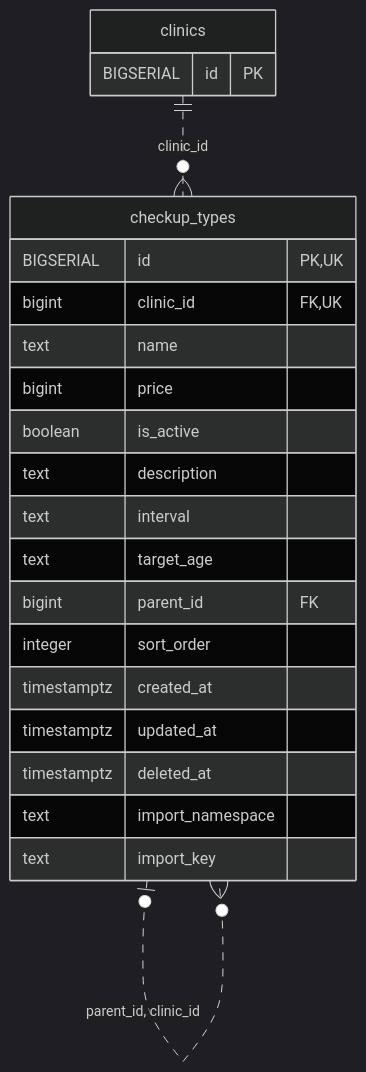
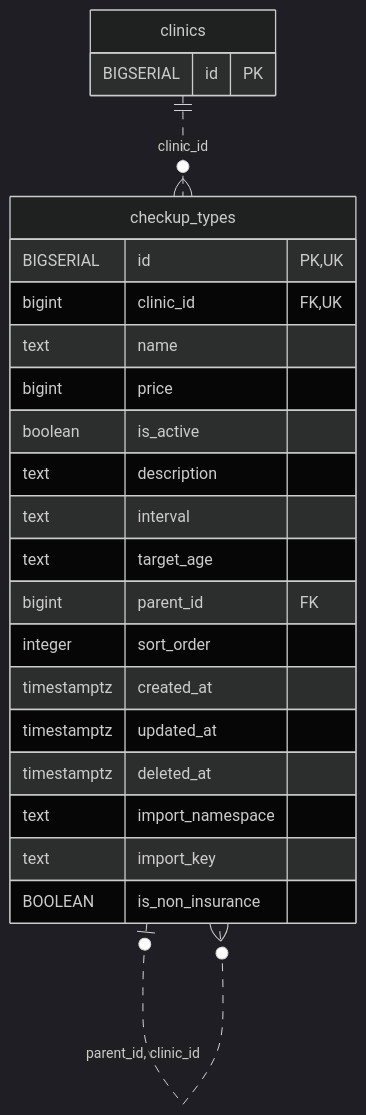
Before and after one commit to MinoruSoga/AnimalEkarte: the diagram in docs/architecture/erd-detail/checkup_types.md, drawn with Mermaid (dark theme). The commit also changed other lines of this file and 10 other files, not shown here.

````diff
--- a/docs/architecture/erd-detail/checkup_types.md
+++ b/docs/architecture/erd-detail/checkup_types.md
@@ -38,25 +39,26 @@
 ```mermaid
 erDiagram
     checkup_types {
         BIGSERIAL id PK,UK
         bigint clinic_id FK,UK
         text name
         bigint price
         boolean is_active
         text description
         text interval
         text target_age
         bigint parent_id FK
         integer sort_order
         timestamptz created_at
         timestamptz updated_at
         timestamptz deleted_at
         text import_namespace
         text import_key
+        BOOLEAN is_non_insurance
     }
     clinics {
         BIGSERIAL id PK
     }
     clinics ||..o{ checkup_types : "clinic_id"
     checkup_types o|..o{ checkup_types : "parent_id, clinic_id"
 ```
````
